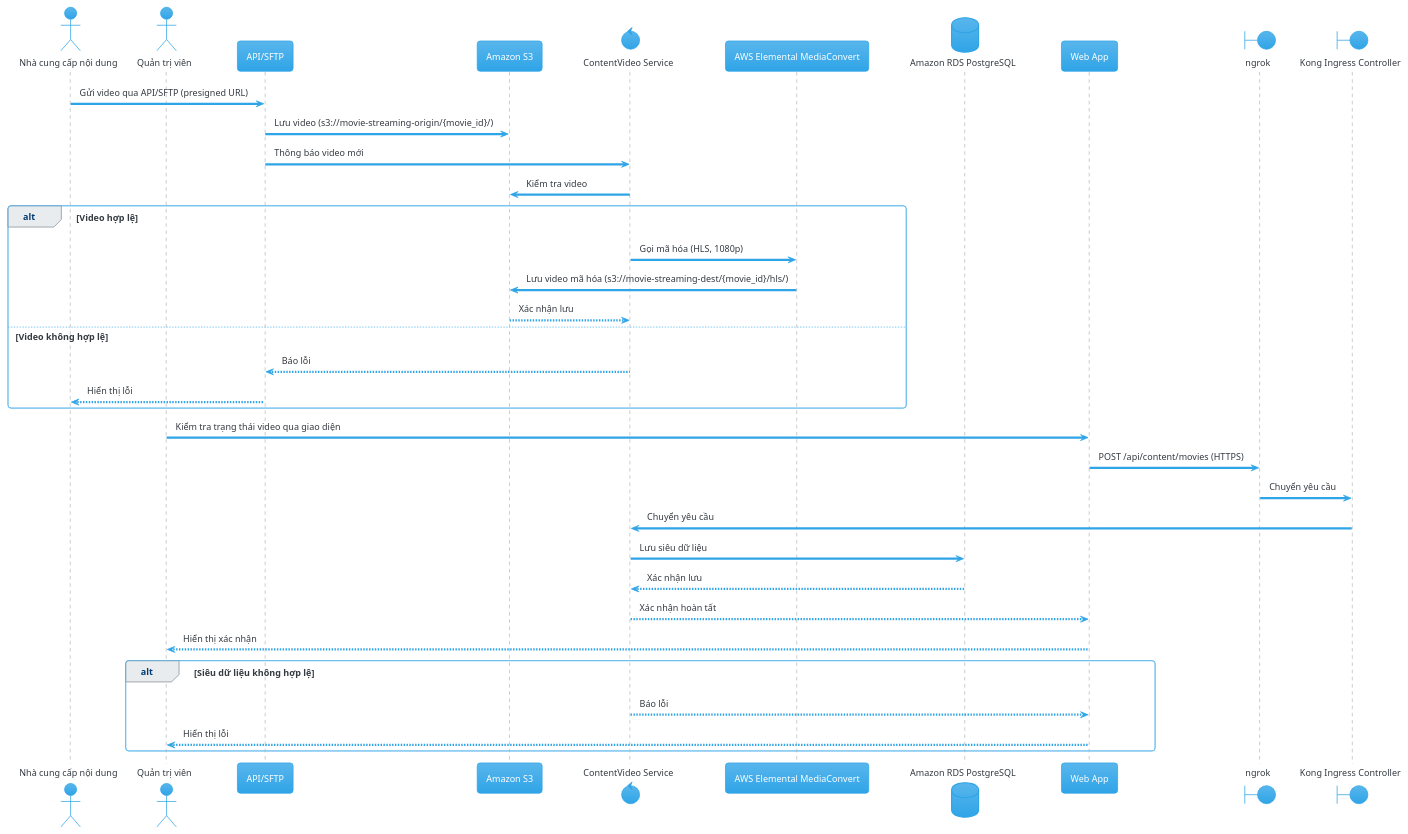
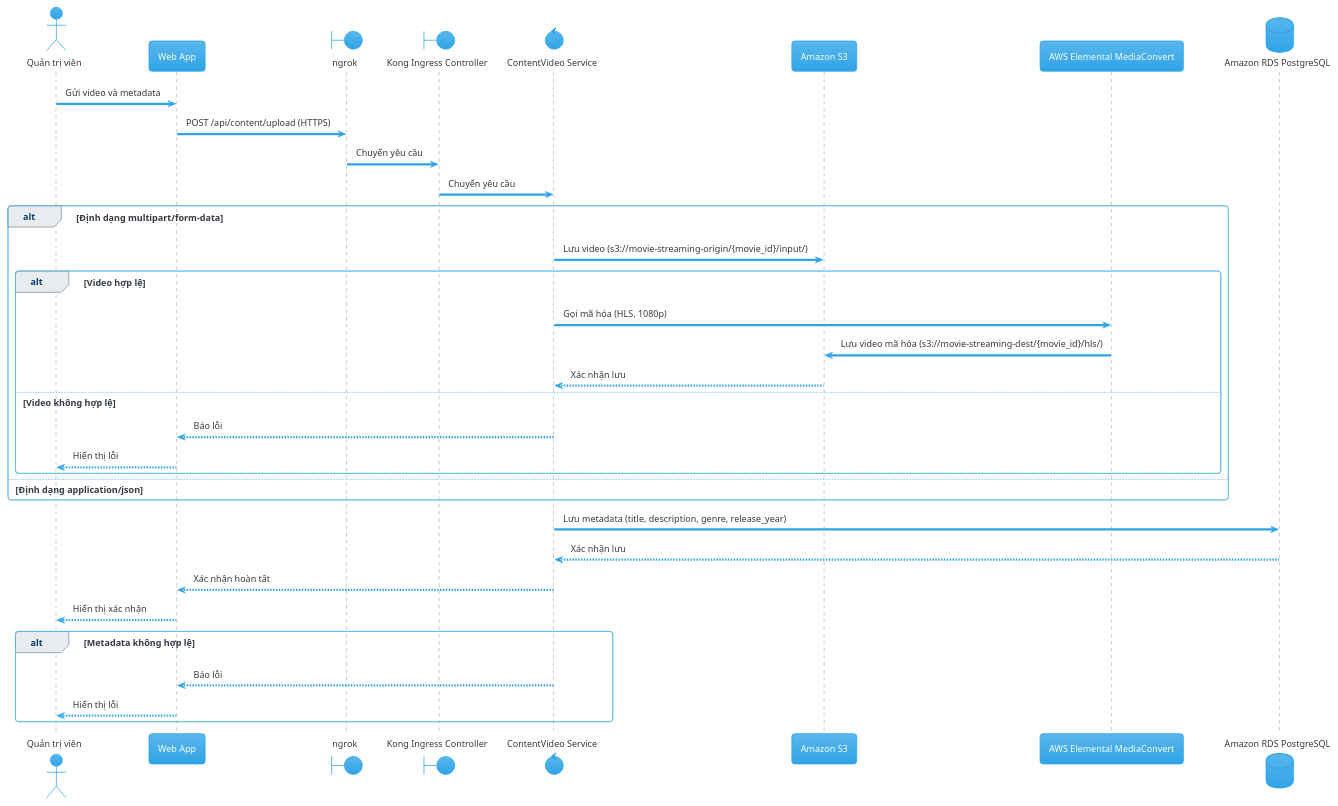
One commit to yacucdeptrai/movie-streaming-app changed the diagram in sq_contentmanage.plantuml. Above: the diagram before and after it, drawn with PlantUML. The commit also changed 3 other files, not shown here.

```diff
--- a/sq_contentmanage.plantuml
+++ b/sq_contentmanage.plantuml
@@ -1,44 +1,43 @@
 @startuml
 !theme cerulean
 
-actor "Nhà cung cấp nội dung" as Provider
 actor "Quản trị viên" as Admin
-participant "API/SFTP" as API
-participant "Amazon S3" as S3
-control "ContentVideo Service" as CVS
-participant "AWS Elemental MediaConvert" as MC
-database "Amazon RDS PostgreSQL" as PG
 participant "Web App" as FE
 boundary "ngrok" as ngrok
 boundary "Kong Ingress Controller" as KG
+control "ContentVideo Service" as CVS
+participant "Amazon S3" as S3
+participant "AWS Elemental MediaConvert" as MC
+database "Amazon RDS PostgreSQL" as PG
 
-' Tải video
-Provider -> API: Gửi video qua API/SFTP (presigned URL)
-API -> S3: Lưu video (s3://movie-streaming-origin/{movie_id}/)
-API -> CVS: Thông báo video mới
-CVS -> S3: Kiểm tra video
-alt Video hợp lệ
-    CVS -> MC: Gọi mã hóa (HLS, 1080p)
-    MC -> S3: Lưu video mã hóa (s3://movie-streaming-dest/{movie_id}/hls/)
-    S3 --> CVS: Xác nhận lưu
-else Video không hợp lệ
-    CVS --> API: Báo lỗi
-    API --> Provider: Hiển thị lỗi
+' Upload video và metadata
+Admin -> FE: Gửi video và metadata
+FE -> ngrok: POST /api/content/upload (HTTPS)
+ngrok -> KG: Chuyển yêu cầu
+KG -> CVS: Chuyển yêu cầu
+alt Định dạng multipart/form-data
+    CVS -> S3: Lưu video (s3://movie-streaming-origin/{movie_id}/input/)
+    alt Video hợp lệ
+        CVS -> MC: Gọi mã hóa (HLS, 1080p)
+        MC -> S3: Lưu video mã hóa (s3://movie-streaming-dest/{movie_id}/hls/)
+        S3 --> CVS: Xác nhận lưu
+    else Video không hợp lệ
+        CVS --> FE: Báo lỗi
+        FE --> Admin: Hiển thị lỗi
+    end alt
+else Định dạng application/json
+    note right: Chỉ lưu metadata, không upload file
 end alt
 
-' Cập nhật siêu dữ liệu
-Admin -> FE: Kiểm tra trạng thái video qua giao diện
-FE -> ngrok: POST /api/content/movies (HTTPS)
-ngrok -> KG: Chuyển yêu cầu
-KG -> CVS: Chuyển yêu cầu
-CVS -> PG: Lưu siêu dữ liệu
+' Lưu metadata vào RDS
+CVS -> PG: Lưu metadata (title, description, genre, release_year)
 PG --> CVS: Xác nhận lưu
 CVS --> FE: Xác nhận hoàn tất
 FE --> Admin: Hiển thị xác nhận
 
-alt Siêu dữ liệu không hợp lệ
+alt Metadata không hợp lệ
     CVS --> FE: Báo lỗi
     FE --> Admin: Hiển thị lỗi
 end alt
 
 @enduml
```
